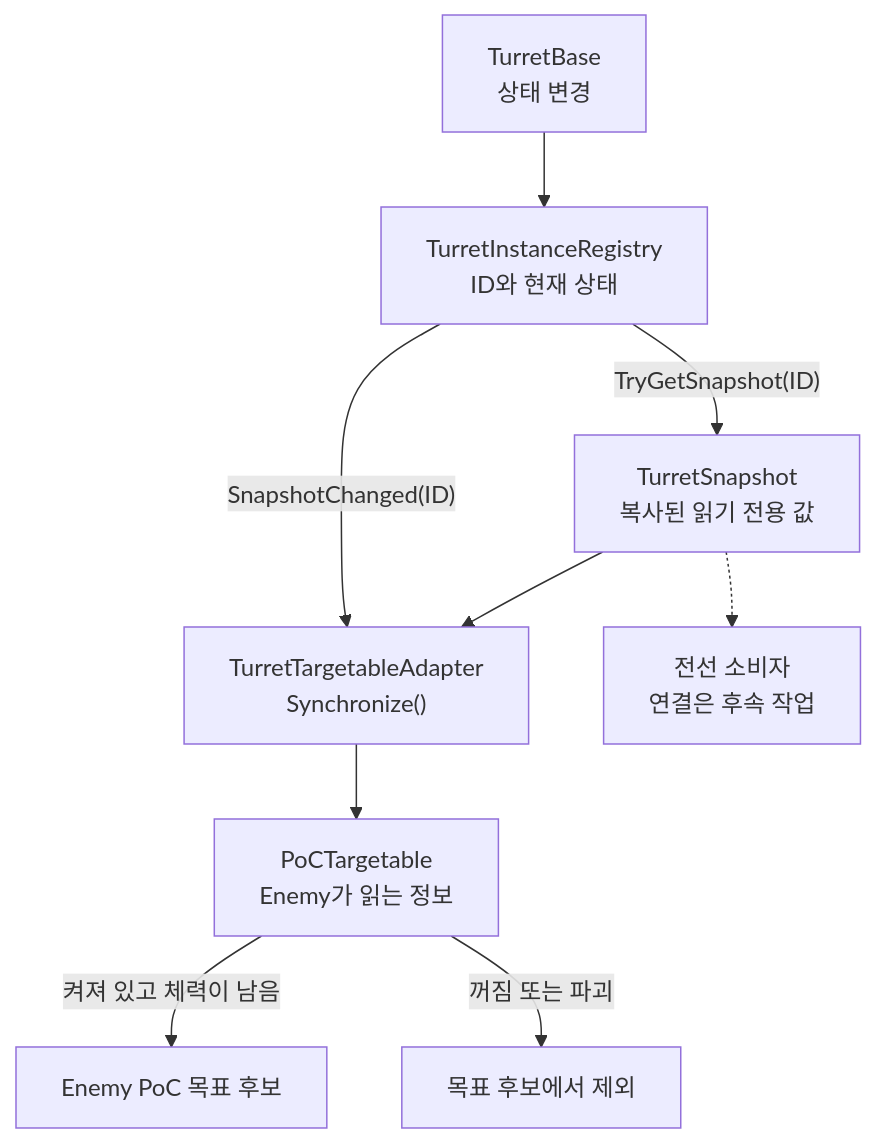
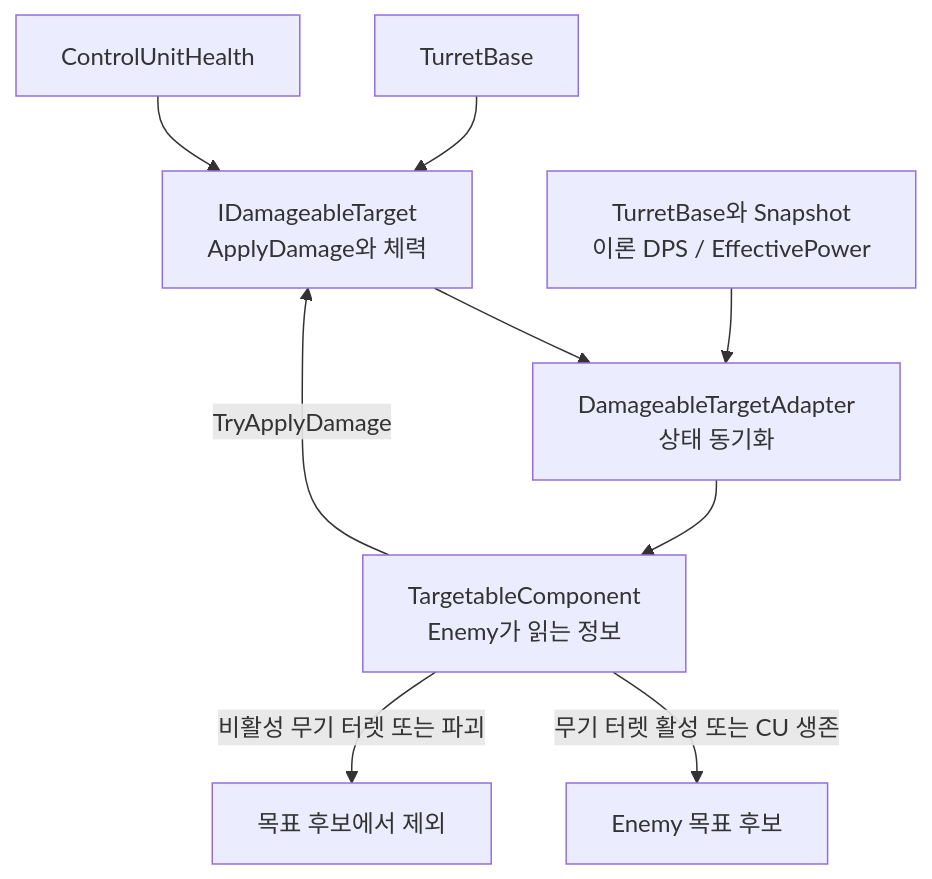
Diagram 14 of 16 in docs/projects/the-developer/turret/runtime-flows.md (Team-HJD-21/team-hjd-docs), drawn with Mermaid before and after one commit. The commit also changed other lines of this file and 35 other files, not shown here.

````diff
--- a/docs/projects/the-developer/turret/runtime-flows.md
+++ b/docs/projects/the-developer/turret/runtime-flows.md
@@ -491,11 +608,12 @@
 ```mermaid
 flowchart TD
-    Base["TurretBase<br>상태 변경"] --> Registry["TurretInstanceRegistry<br>ID와 현재 상태"]
-    Registry -->|"TryGetSnapshot(ID)"| Snapshot["TurretSnapshot<br>복사된 읽기 전용 값"]
-    Registry -->|"SnapshotChanged(ID)"| Adapter["TurretTargetableAdapter<br>Synchronize()"]
-    Snapshot --> Adapter
-    Adapter --> Targetable["PoCTargetable<br>Enemy가 읽는 정보"]
-    Snapshot -.-> Frontline["전선 소비자<br>연결은 후속 작업"]
-    Targetable -->|켜져 있고 체력이 남음| Enemy["Enemy PoC 목표 후보"]
-    Targetable -->|꺼짐 또는 파괴| Excluded["목표 후보에서 제외"]
+    Contract["IDamageableTarget<br>ApplyDamage와 체력"]
+    Base["TurretBase"] --> Contract
+    CU["ControlUnitHealth"] --> Contract
+    Contract --> Adapter["DamageableTargetAdapter<br>상태 동기화"]
+    Efficiency["TurretBase와 Snapshot<br>이론 DPS / EffectivePower"] --> Adapter
+    Adapter --> Targetable["TargetableComponent<br>Enemy가 읽는 정보"]
+    Targetable -->|"TryApplyDamage"| Contract
+    Targetable -->|"무기 터렛 활성 또는 CU 생존"| Enemy["Enemy 목표 후보"]
+    Targetable -->|"비활성 무기 터렛 또는 파괴"| Excluded["목표 후보에서 제외"]
 ```
````
